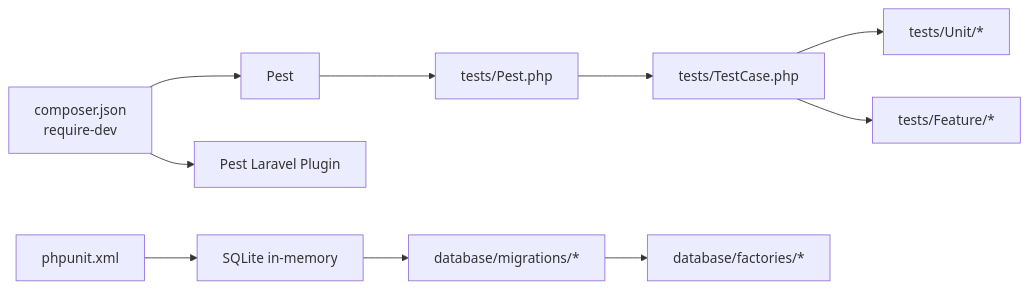
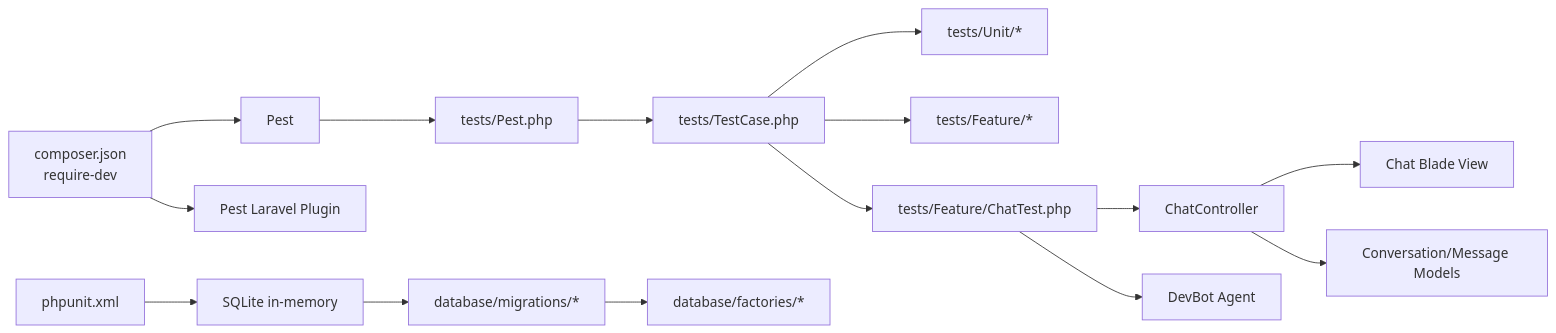
The fourth of 4 diagrams in .qoder/repowiki/en/content/Testing Infrastructure/Testing Infrastructure.md (siimliimand/laravel-assistant), drawn with Mermaid before and after one commit. The commit also changed other lines of this file and 5 other files, not shown here.

````diff
--- a/.qoder/repowiki/en/content/Testing Infrastructure/Testing Infrastructure.md
+++ b/.qoder/repowiki/en/content/Testing Infrastructure/Testing Infrastructure.md
@@ -241,12 +380,17 @@
 ```mermaid
 graph LR
 Composer["composer.json<br/>require-dev"] --> PestDep["Pest"]
 Composer --> PestLaravelPlugin["Pest Laravel Plugin"]
 PestDep --> PestBootstrap["tests/Pest.php"]
 PestBootstrap --> BaseTC["tests/TestCase.php"]
 BaseTC --> UnitTests["tests/Unit/*"]
 BaseTC --> FeatureTests["tests/Feature/*"]
+BaseTC --> ChatTests["tests/Feature/ChatTest.php"]
 PHPUnitXML["phpunit.xml"] --> DBConfig["SQLite in-memory"]
 DBConfig --> Migrations["database/migrations/*"]
 Migrations --> Factories["database/factories/*"]
+ChatTests --> Controller["ChatController"]
+ChatTests --> DevBot["DevBot Agent"]
+Controller --> Views["Chat Blade View"]
+Controller --> Models["Conversation/Message Models"]
 ```
````
